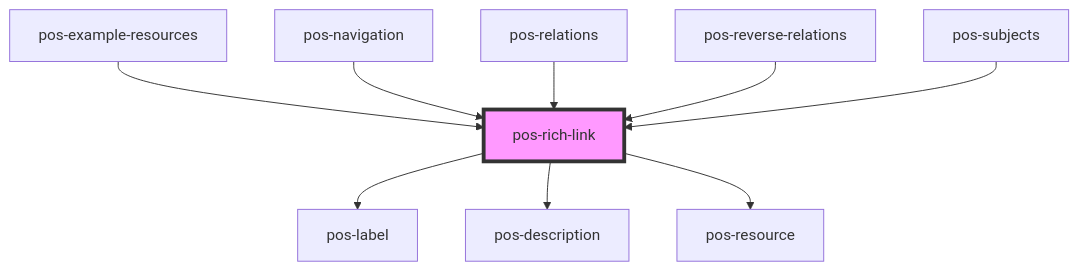
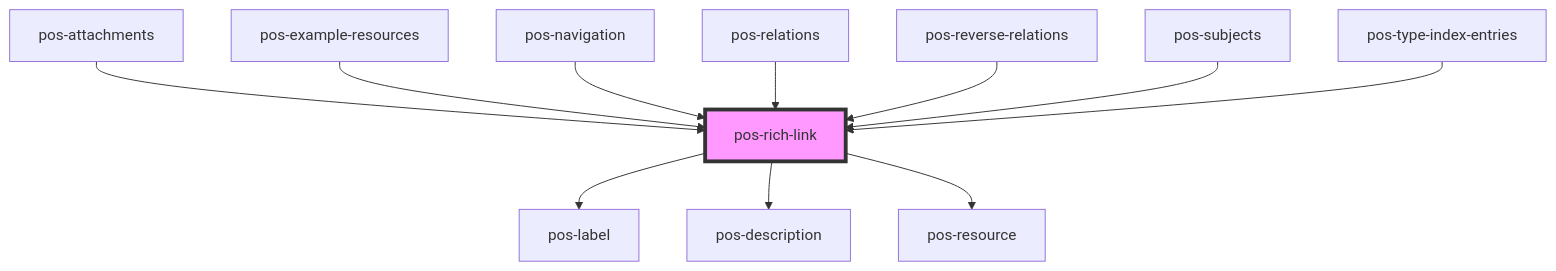
The diagram in docs/elements/components/pos-rich-link/readme.md (pod-os/PodOS), drawn with Mermaid before and after one commit. The commit also changed other lines of this file and 8 other files, not shown here.

````diff
--- a/docs/elements/components/pos-rich-link/readme.md
+++ b/docs/elements/components/pos-rich-link/readme.md
@@ -43,12 +45,14 @@
 ```mermaid
 graph TD;
   pos-rich-link --> pos-label
   pos-rich-link --> pos-description
   pos-rich-link --> pos-resource
+  pos-attachments --> pos-rich-link
   pos-example-resources --> pos-rich-link
   pos-navigation --> pos-rich-link
   pos-relations --> pos-rich-link
   pos-reverse-relations --> pos-rich-link
   pos-subjects --> pos-rich-link
+  pos-type-index-entries --> pos-rich-link
   style pos-rich-link fill:#f9f,stroke:#333,stroke-width:4px
 ```
````
